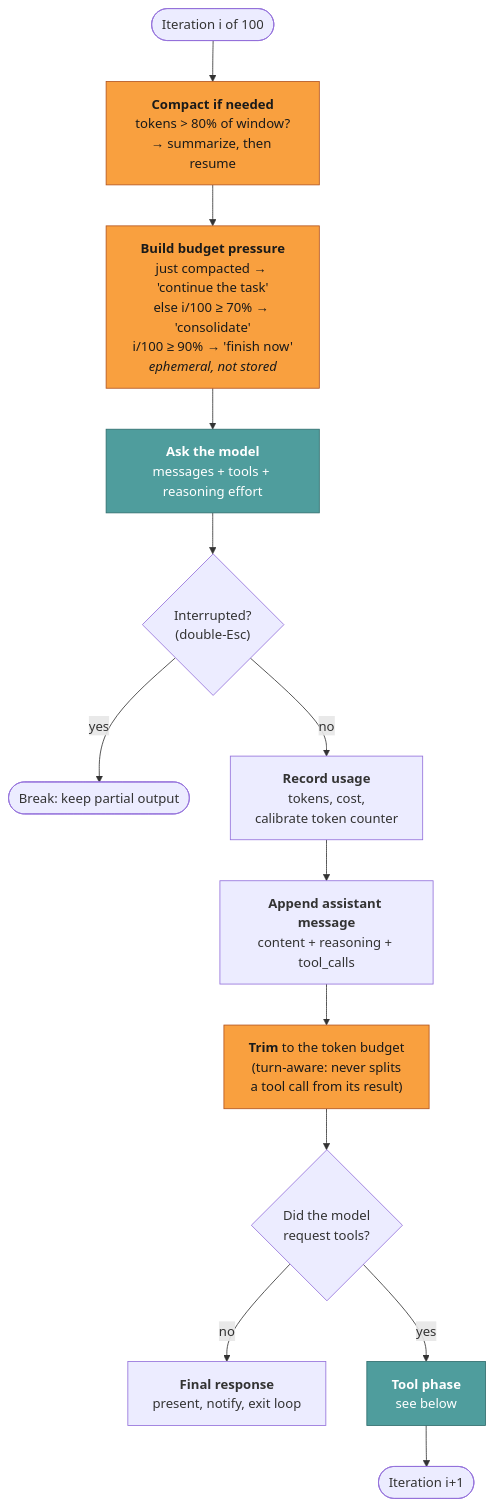
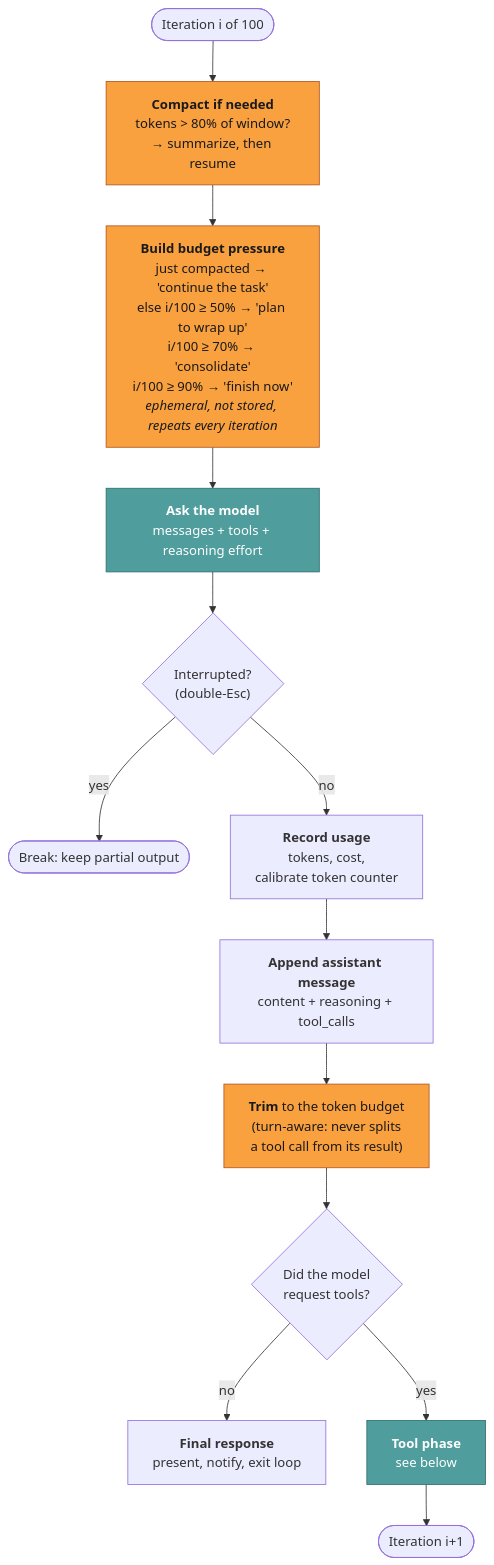
One commit to lvndry/jazz changed the first of 4 diagrams in docs/maintainers/run-lifecycle.md. Above: the diagram before and after it, drawn with Mermaid. The commit also changed other lines of this file and 6 other files, not shown here.

First line of the commit message:
fix(context): tell the model about its iteration budget and what it already covered (#822)

````diff
--- a/docs/maintainers/run-lifecycle.md
+++ b/docs/maintainers/run-lifecycle.md
@@ -20,27 +20,27 @@
 ```mermaid
 flowchart TD
     START(["Iteration i of 100"]) --> COMPACT
 
     COMPACT["<b>Compact if needed</b><br/>tokens &gt; 80% of window?<br/>→ summarize, then resume"]
-    COMPACT --> PRESSURE["<b>Build budget pressure</b><br/>just compacted → 'continue the task'<br/>else i/100 ≥ 70% → 'consolidate'<br/>i/100 ≥ 90% → 'finish now'<br/><i>ephemeral, not stored</i>"]
+    COMPACT --> PRESSURE["<b>Build budget pressure</b><br/>just compacted → 'continue the task'<br/>else i/100 ≥ 50% → 'plan to wrap up'<br/>i/100 ≥ 70% → 'consolidate'<br/>i/100 ≥ 90% → 'finish now'<br/><i>ephemeral, not stored, repeats every iteration</i>"]
     PRESSURE --> ASK["<b>Ask the model</b><br/>messages + tools + reasoning effort"]
 
     ASK --> INT{"Interrupted?<br/>(double-Esc)"}
     INT -->|yes| STOP(["Break: keep partial output"])
     INT -->|no| RECORD["<b>Record usage</b><br/>tokens, cost,<br/>calibrate token counter"]
 
     RECORD --> APPEND["<b>Append assistant message</b><br/>content + reasoning + tool_calls"]
     APPEND --> TRIM["<b>Trim</b> to the token budget<br/>(turn-aware: never splits<br/>a tool call from its result)"]
 
     TRIM --> BRANCH{"Did the model<br/>request tools?"}
     BRANCH -->|"no"| FINAL["<b>Final response</b><br/>present, notify, exit loop"]
     BRANCH -->|"yes"| TOOLPHASE
 
     TOOLPHASE["<b>Tool phase</b><br/>see below"]
     TOOLPHASE --> NEXT(["Iteration i+1"])
 
     classDef guard fill:#f9a03f,stroke:#b3541e,color:#1a1a1a
     classDef work fill:#4f9d9d,stroke:#2f6d6d,color:#ffffff
     class COMPACT,PRESSURE,TRIM guard
     class ASK,TOOLPHASE work
 ```
````
